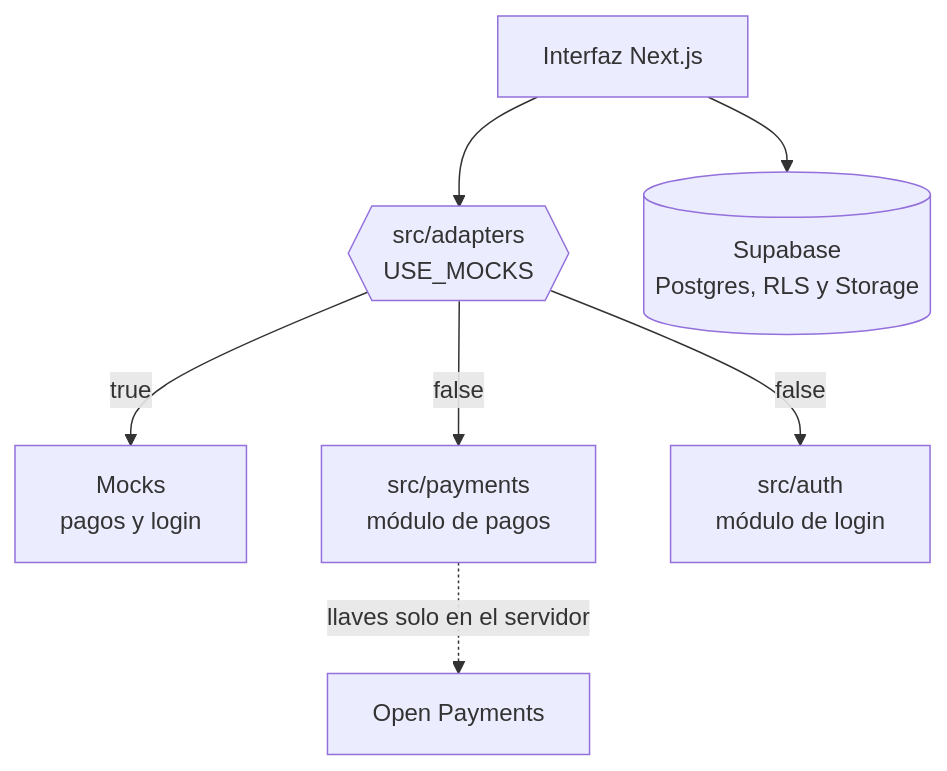
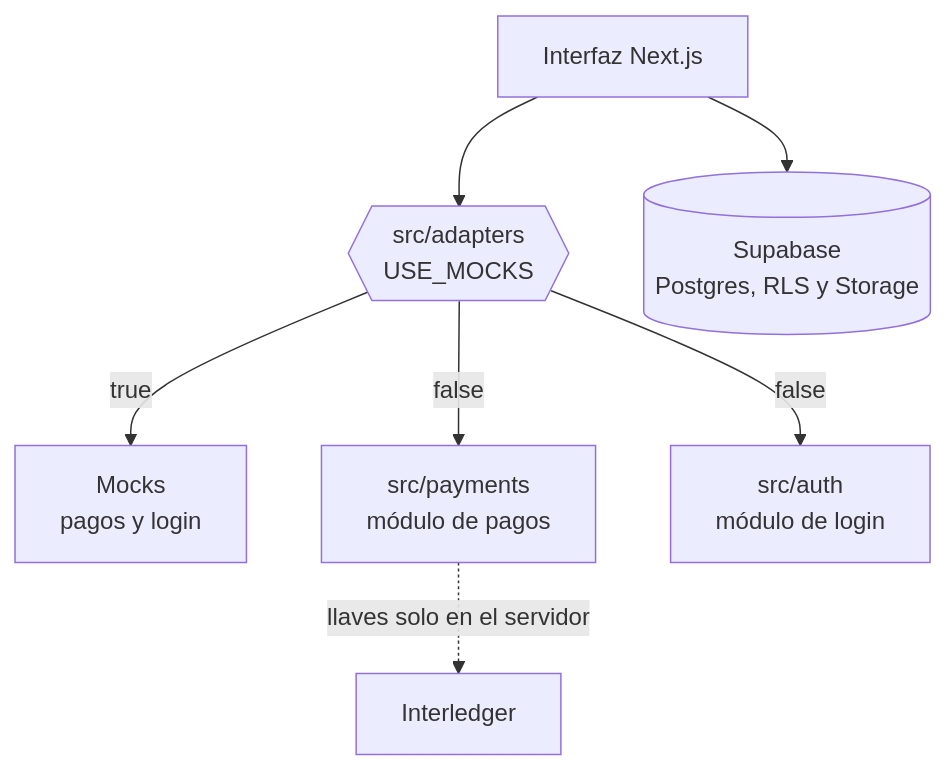
Before and after one commit to SalazarDukeImpactHub/terracierta-by-onyx: the second of 2 diagrams in README.md, drawn with Mermaid. The commit also changed other lines of this file and 2 other files, not shown here.

Commit message:
docs: logos e Interledger en README, AI_USAGE y prompts

````diff
--- a/README.md
+++ b/README.md
@@ -98,9 +102,9 @@
 ```mermaid
 flowchart TB
   UI[Interfaz Next.js] --> AD{{src/adapters<br/>USE_MOCKS}}
   AD -->|true| MK[Mocks<br/>pagos y login]
   AD -->|false| PAY[src/payments<br/>módulo de pagos]
   AD -->|false| AUTH[src/auth<br/>módulo de login]
   UI --> DB[(Supabase<br/>Postgres, RLS y Storage)]
-  PAY -. llaves solo en el servidor .-> OP[Open Payments]
+  PAY -. llaves solo en el servidor .-> OP[Interledger]
 ```
````
